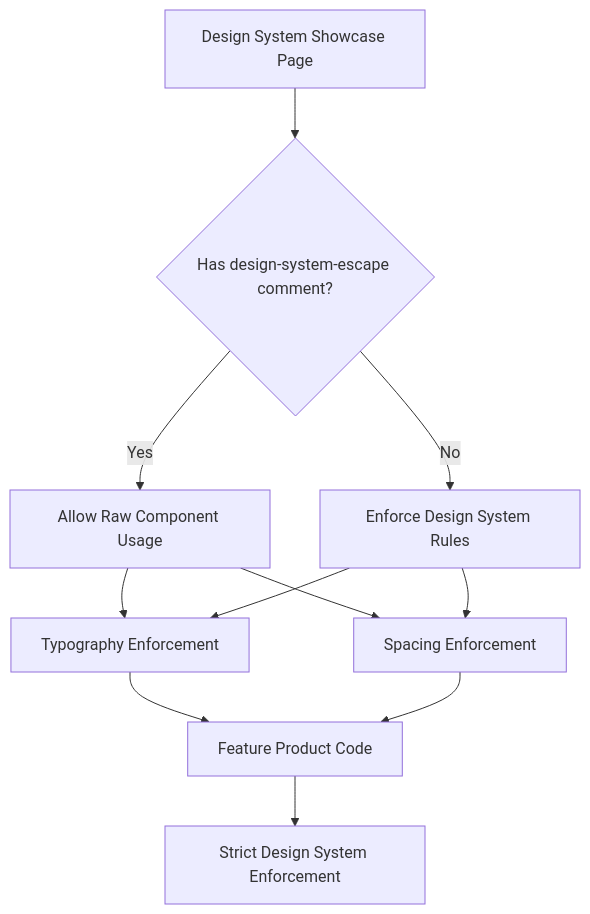
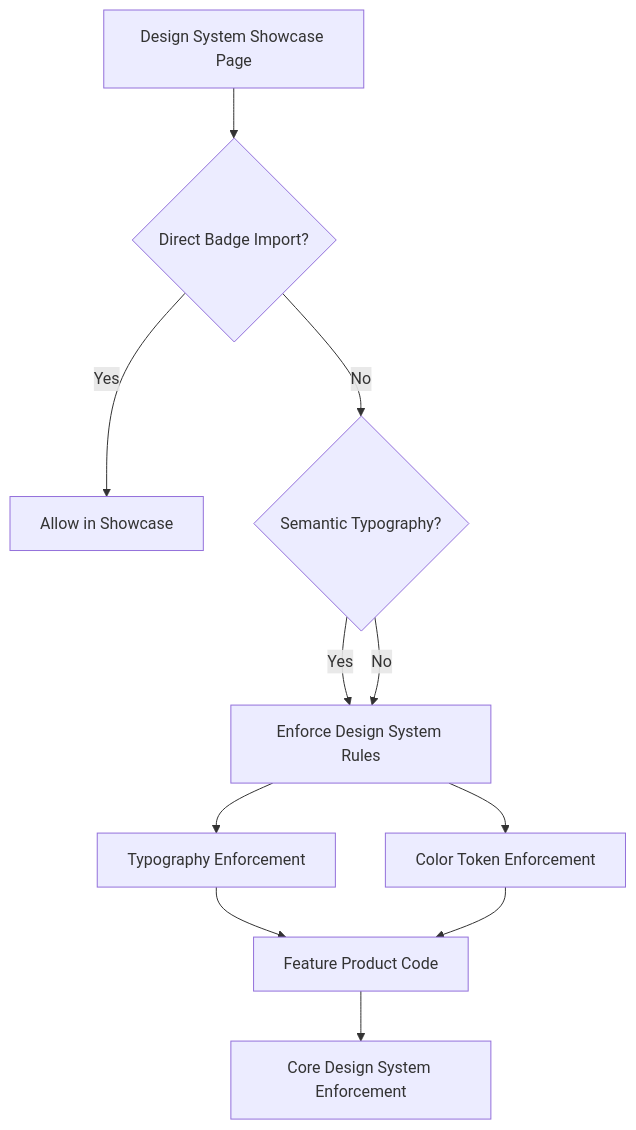
The fourth of 11 diagrams in .qoder/repowiki/en/content/Development Guide/Development Guide.md (SinesysTech/zattar-os), drawn with Mermaid before and after one commit. The commit also changed other lines of this file and 103 other files, not shown here.

````diff
--- a/.qoder/repowiki/en/content/Development Guide/Development Guide.md
+++ b/.qoder/repowiki/en/content/Development Guide/Development Guide.md
@@ -225,13 +226,13 @@
 ```mermaid
 flowchart TD
-Showcase["Design System Showcase Page"] --> CheckEscape{"Has design-system-escape comment?"}
-CheckEscape --> |Yes| AllowRaw["Allow Raw Component Usage"]
-CheckEscape --> |No| EnforceRules["Enforce Design System Rules"]
-AllowRaw --> Typography["Typography Enforcement"]
-AllowRaw --> Spacing["Spacing Enforcement"]
-EnforceRules --> Typography
-EnforceRules --> Spacing
+Showcase["Design System Showcase Page"] --> CheckBadge{"Direct Badge Import?"}
+CheckBadge --> |Yes| AllowBadge["Allow in Showcase"]
+CheckBadge --> |No| CheckTypography{"Semantic Typography?"}
+CheckTypography --> |Yes| EnforceRules["Enforce Design System Rules"]
+CheckTypography --> |No| EnforceRules
+EnforceRules --> Typography["Typography Enforcement"]
+EnforceRules --> Colors["Color Token Enforcement"]
 Typography --> ProductCode["Feature Product Code"]
-Spacing --> ProductCode
-ProductCode --> StrictEnforcement["Strict Design System Enforcement"]
+Colors --> ProductCode
+ProductCode --> StrictEnforcement["Core Design System Enforcement"]
 ```
````
